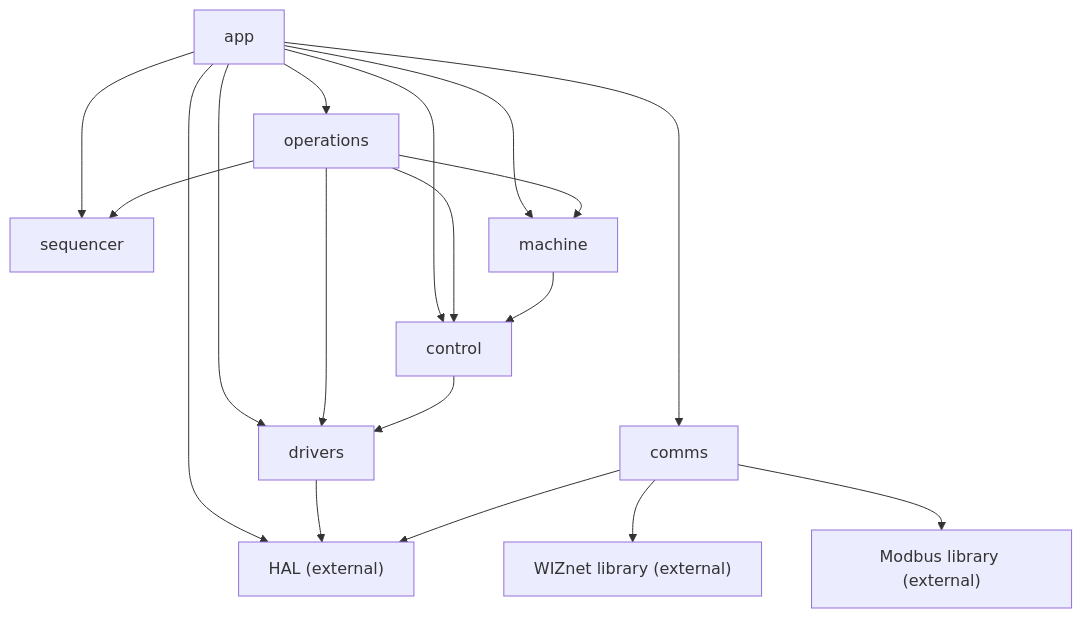
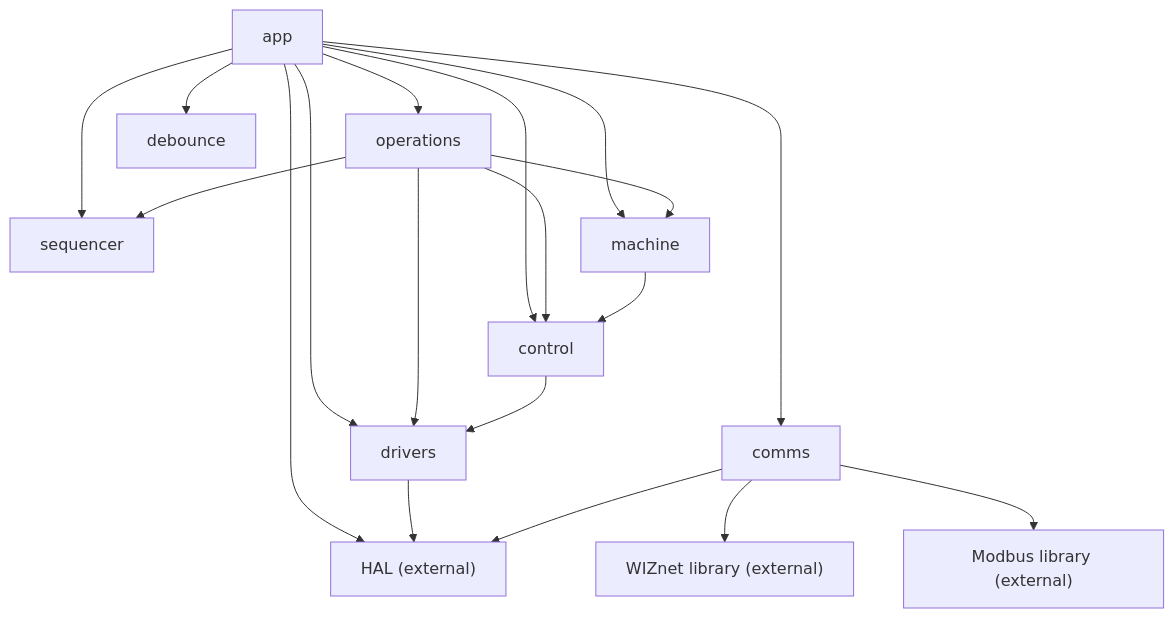
The first of 2 diagrams in App/README.md (josuebouchard/safe-dip-firmware), drawn with Mermaid before and after one commit. The commit also changed other lines of this file and 2 other files, not shown here.

First line of the commit message:
refactor(App): move ButtonPress into a debounce layer

````diff
--- a/App/README.md
+++ b/App/README.md
@@ -6,27 +6,28 @@
 ```mermaid
 flowchart TD
     app --> operations
     app --> sequencer
     app --> machine
     app --> control
     app --> drivers
     app --> comms
+    app --> debounce
     app --> HAL
 
     operations --> sequencer
     operations --> machine
     operations --> control
     operations --> drivers
 
     machine --> control
     control --> drivers
     drivers --> HAL
 
     comms --> HAL
     comms --> WIZnet
     comms --> Modbus
 
     HAL["HAL (external)"]
     WIZnet["WIZnet library (external)"]
     Modbus["Modbus library (external)"]
 ```
````
